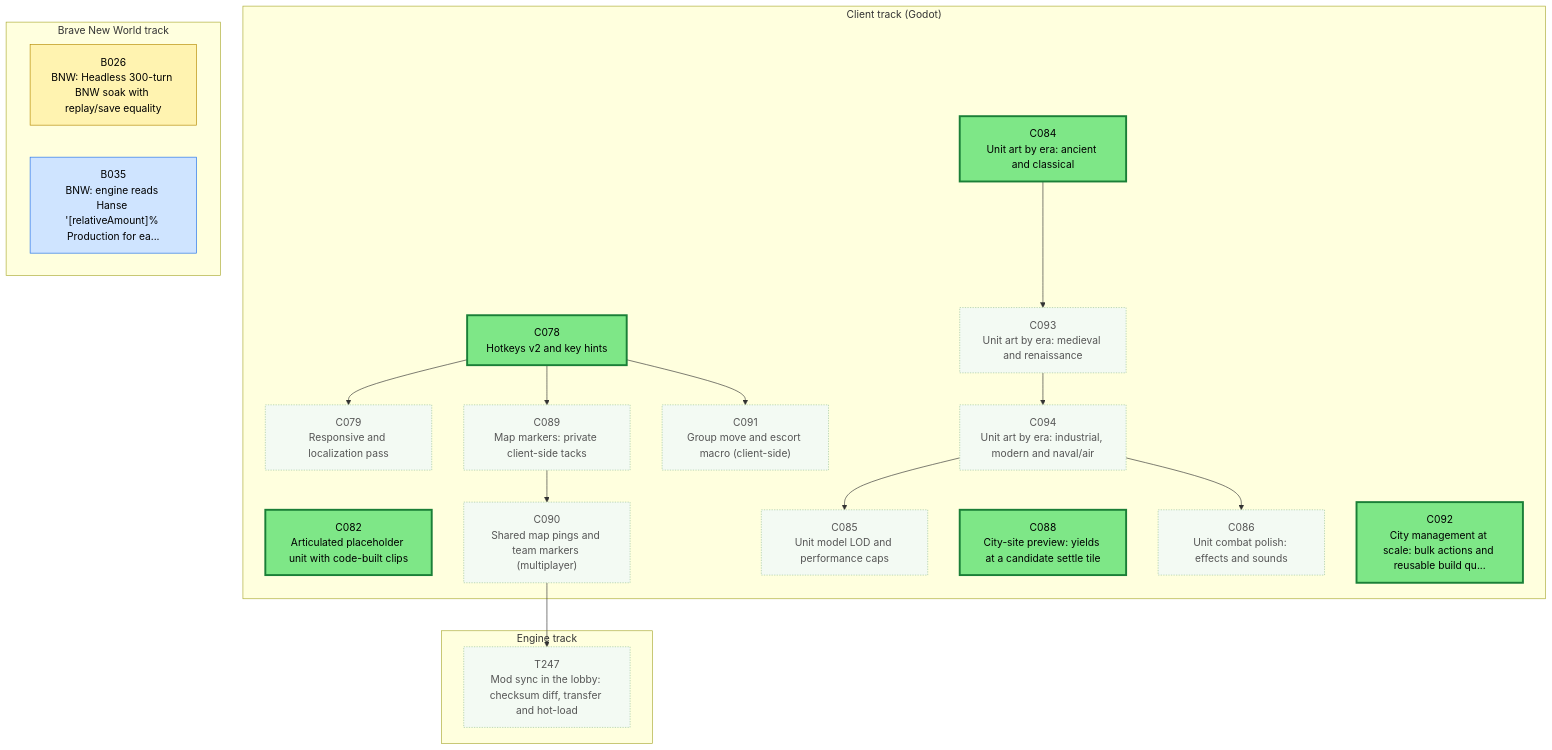
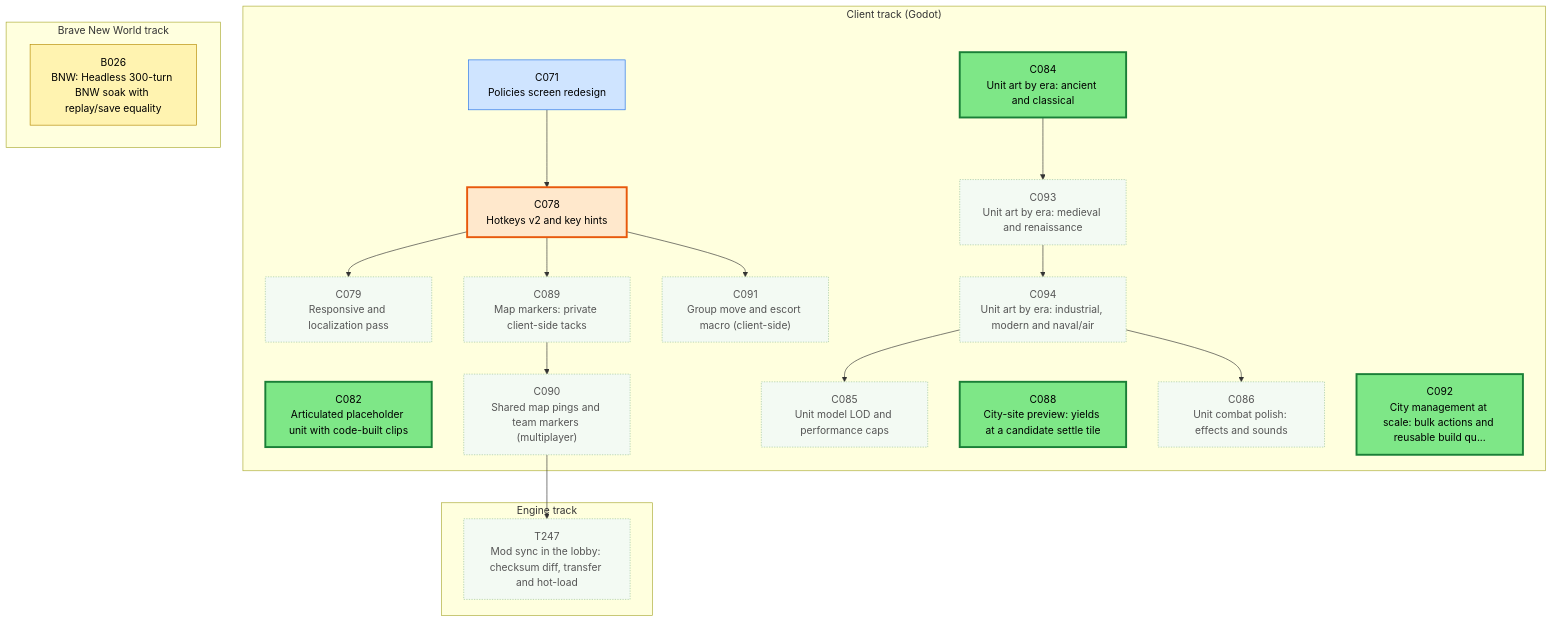
One commit to Kenmura/Unciv changed the first of 3 diagrams in csharp/migration/DEPENDENCY_MAP.md. Above: the diagram before and after it, drawn with Mermaid. The commit also changed other lines of this file and 1 other file, not shown here.

Commit message:
migration: review B035 pass [Adversarial Review]

````diff
--- a/csharp/migration/DEPENDENCY_MAP.md
+++ b/csharp/migration/DEPENDENCY_MAP.md
@@ -25,57 +25,58 @@
 ```mermaid
 flowchart TD
   subgraph TTRACK["Engine track"]
     T247["T247<br/>Mod sync in the lobby: checksum diff, transfer and hot-load"]
   end
   subgraph CTRACK["Client track (Godot)"]
+    C071["C071<br/>Policies screen redesign"]
     C078["C078<br/>Hotkeys v2 and key hints"]
     C079["C079<br/>Responsive and localization pass"]
     C082["C082<br/>Articulated placeholder unit with code-built clips"]
     C084["C084<br/>Unit art by era: ancient and classical"]
     C085["C085<br/>Unit model LOD and performance caps"]
     C086["C086<br/>Unit combat polish: effects and sounds"]
     C088["C088<br/>City-site preview: yields at a candidate settle tile"]
     C089["C089<br/>Map markers: private client-side tacks"]
     C090["C090<br/>Shared map pings and team markers (multiplayer)"]
     C091["C091<br/>Group move and escort macro (client-side)"]
     C092["C092<br/>City management at scale: bulk actions and reusable build qu..."]
     C093["C093<br/>Unit art by era: medieval and renaissance"]
     C094["C094<br/>Unit art by era: industrial, modern and naval/air"]
   end
   subgraph BTRACK["Brave New World track"]
     B026["B026<br/>BNW: Headless 300-turn BNW soak with replay/save equality"]
-    B035["B035<br/>BNW: engine reads Hanse '[relativeAmount]% Production for ea..."]
   end
   C090 --> T247
+  C071 --> C078
   C078 --> C079
   C094 --> C085
   C094 --> C086
   C078 --> C089
   C089 --> C090
   C078 --> C091
   C084 --> C093
   C093 --> C094
   classDef waiting fill:#f3faf3,stroke:#9bc49b,color:#555,stroke-dasharray:2 2
   classDef ondeck fill:#ffe8cc,stroke:#e8590c,stroke-width:3px,color:#000
   classDef ready fill:#7ee787,stroke:#1a7f37,stroke-width:3px,color:#000
   classDef prog fill:#fff3b0,stroke:#b58900,color:#000
   classDef review fill:#cfe4ff,stroke:#1f6feb,color:#000
   classDef blocked fill:#ffd6d6,stroke:#c62828,color:#000
   classDef done fill:#eeeeee,stroke:#999999,color:#666,stroke-dasharray:4 3
   class B026 prog
-  class B035 review
-  class C078 ready
+  class C071 review
+  class C078 ondeck
   class C079 waiting
   class C082 ready
   class C084 ready
   class C085 waiting
   class C086 waiting
   class C088 ready
   class C089 waiting
   class C090 waiting
   class C091 waiting
   class C092 ready
   class C093 waiting
   class C094 waiting
   class T247 waiting
 ```
````
